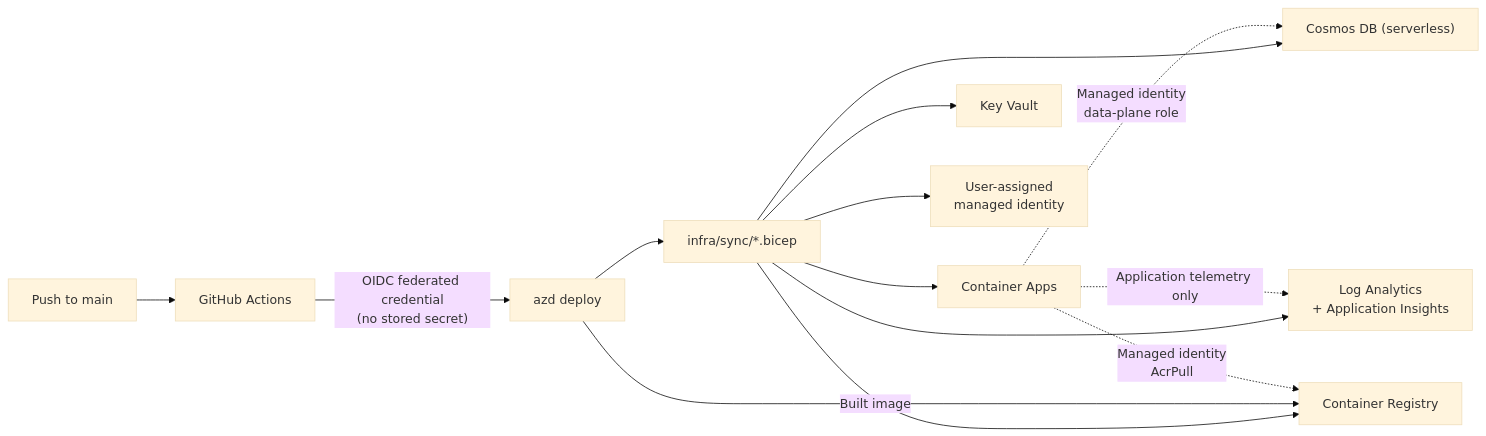
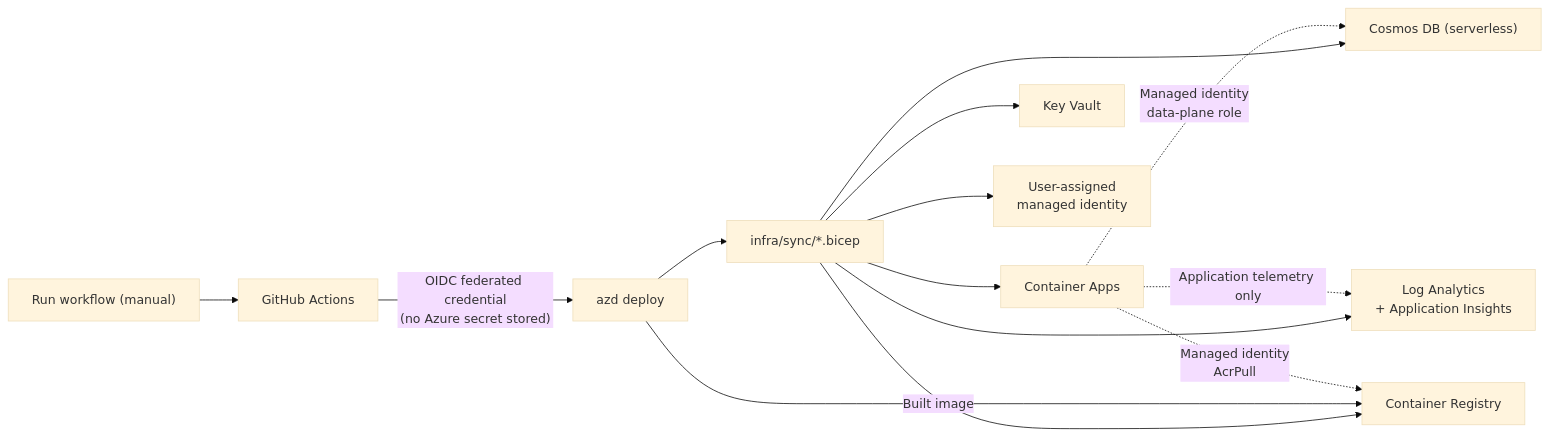
One commit to JSdotNet/Backlog changed the fourth of 4 diagrams in .arc42/07-deployment-view.md. Above: the diagram before and after it, drawn with Mermaid (base theme). The commit also changed other lines of this file and 8 other files, not shown here.

````diff
--- a/.arc42/07-deployment-view.md
+++ b/.arc42/07-deployment-view.md
@@ -261,16 +266,16 @@
 ```mermaid
 flowchart LR
-    Dev["Push to main"] --> GHA["GitHub Actions"]
-    GHA -->|"OIDC federated credential\n(no stored secret)"| AZD["azd deploy"]
+    Dev["Run workflow (manual)"] --> GHA["GitHub Actions"]
+    GHA -->|"OIDC federated credential\n(no Azure secret stored)"| AZD["azd deploy"]
     AZD --> Bicep["infra/sync/*.bicep"]
     Bicep --> ACA["Container Apps"]
     Bicep --> Cosmos["Cosmos DB (serverless)"]
     Bicep --> KV["Key Vault"]
     Bicep --> LA["Log Analytics\n+ Application Insights"]
     Bicep --> ACR["Container Registry"]
     Bicep --> MI["User-assigned\nmanaged identity"]
     AZD -->|"Built image"| ACR
     ACA -.->|"Managed identity\ndata-plane role"| Cosmos
     ACA -.->|"Managed identity\nAcrPull"| ACR
     ACA -.->|"Application telemetry only"| LA
 ```
````
